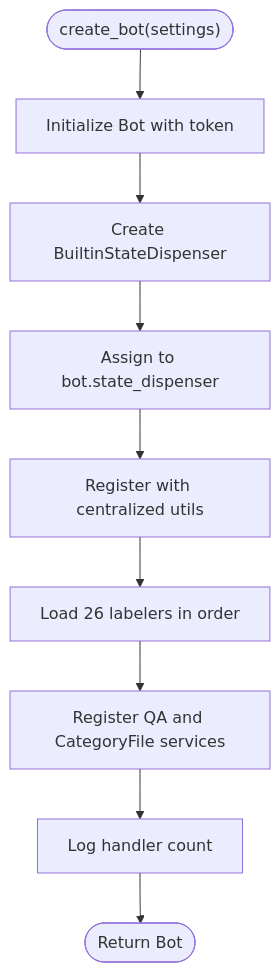
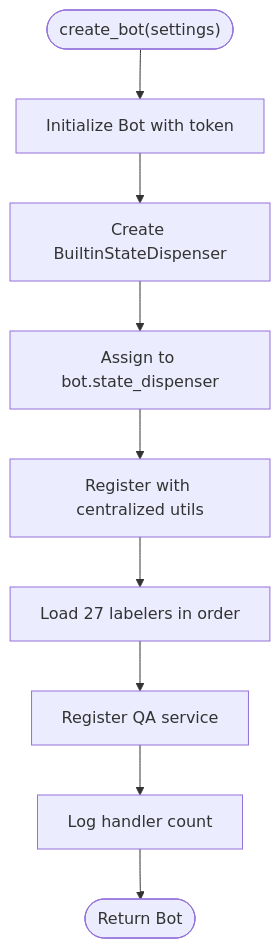
Before and after one commit to ognelis/cafetera_hr_bot: diagram 13 of 20 in .qoder/repowiki/en/content/VK Integration/VK Integration.md, drawn with Mermaid. The commit also changed other lines of this file and 14 other files, not shown here.

````diff
--- a/.qoder/repowiki/en/content/VK Integration/VK Integration.md
+++ b/.qoder/repowiki/en/content/VK Integration/VK Integration.md
@@ -727,11 +734,11 @@
 ```mermaid
 flowchart TD
 Start(["create_bot(settings)"]) --> Init["Initialize Bot with token"]
 Init --> ShareState["Create BuiltinStateDispenser"]
 ShareState --> AssignSD["Assign to bot.state_dispenser"]
 AssignSD --> RegisterSD["Register with centralized utils"]
-RegisterSD --> LoadHandlers["Load 26 labelers in order"]
-LoadHandlers --> RegisterServices["Register QA and CategoryFile services"]
+RegisterSD --> LoadHandlers["Load 27 labelers in order"]
+LoadHandlers --> RegisterServices["Register QA service"]
 RegisterServices --> Log["Log handler count"]
 Log --> ReturnBot(["Return Bot"])
 ```
````
